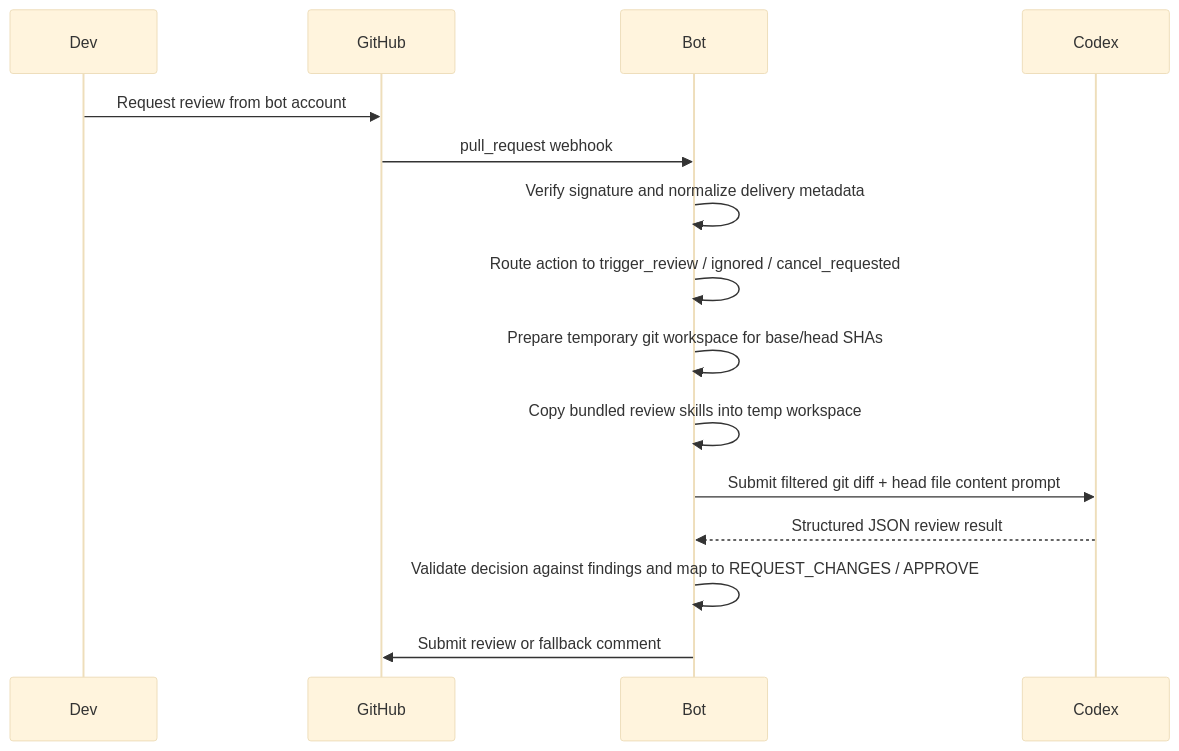
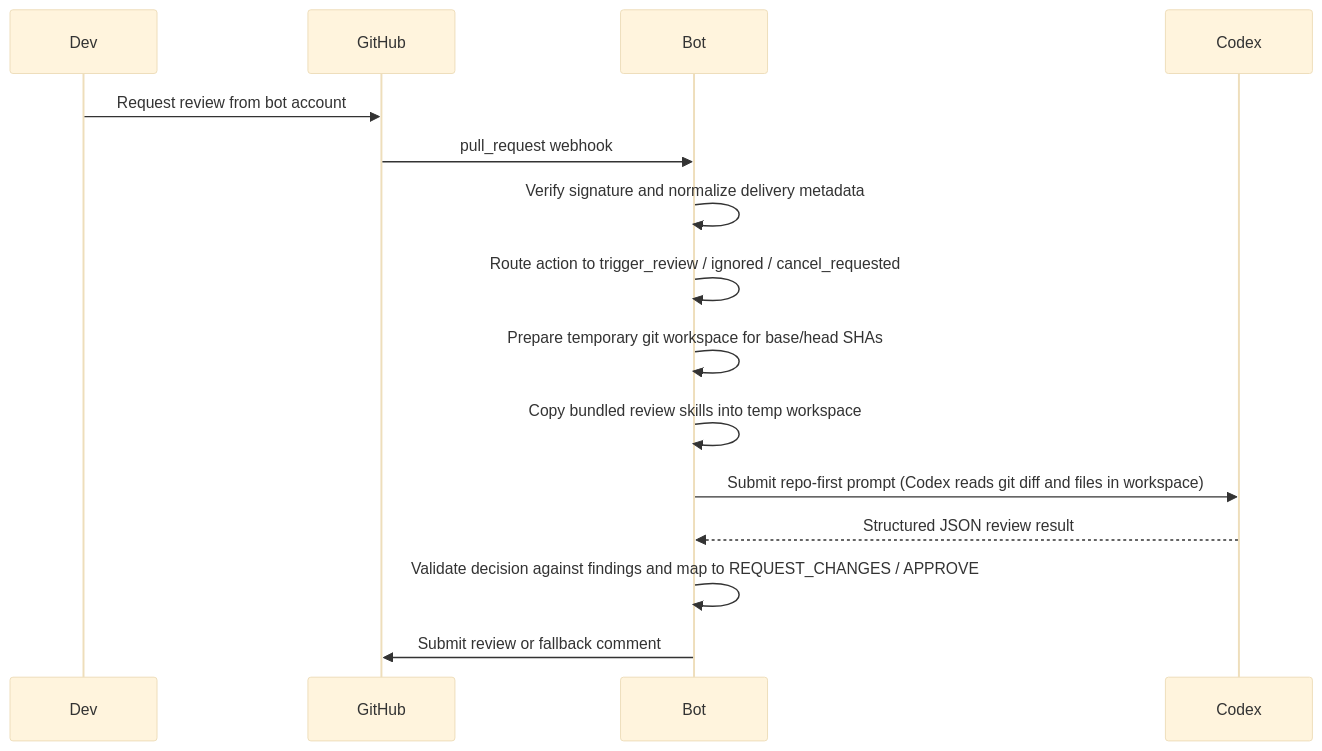
Before and after one commit to tungxuan1656/tx10-bot-gh-review: the second of 2 diagrams in docs/architecture.md, drawn with Mermaid (base theme). The commit also changed other lines of this file and 25 other files, not shown here.

````diff
--- a/docs/architecture.md
+++ b/docs/architecture.md
@@ -25,18 +25,18 @@
 ```mermaid
 sequenceDiagram
   participant Dev
   participant GitHub
   participant Bot
   participant Codex
 
   Dev->>GitHub: Request review from bot account
   GitHub->>Bot: pull_request webhook
   Bot->>Bot: Verify signature and normalize delivery metadata
   Bot->>Bot: Route action to trigger_review / ignored / cancel_requested
   Bot->>Bot: Prepare temporary git workspace for base/head SHAs
   Bot->>Bot: Copy bundled review skills into temp workspace
-  Bot->>Codex: Submit filtered git diff + head file content prompt
+  Bot->>Codex: Submit repo-first prompt (Codex reads git diff and files in workspace)
   Codex-->>Bot: Structured JSON review result
   Bot->>Bot: Validate decision against findings and map to REQUEST_CHANGES / APPROVE
   Bot->>GitHub: Submit review or fallback comment
 ```
````
